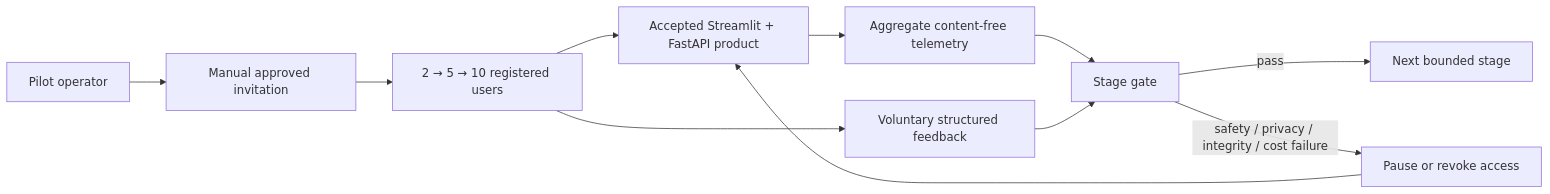
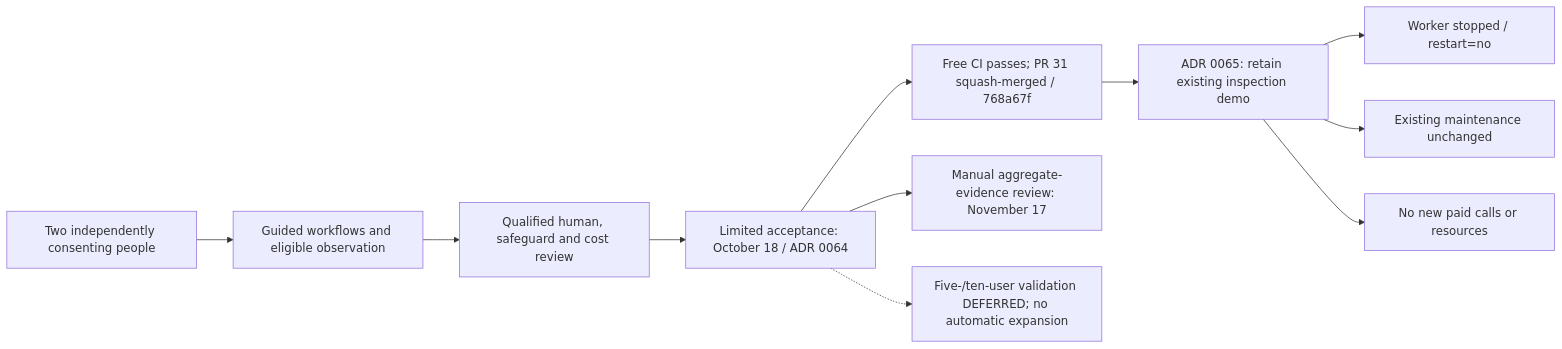
Before and after one commit to mvyas412/ai-projects: diagram 14 of 14 in mm-rag-full-stack-genai-bootcamp-3.0/docs/architecture/ARCHITECTURE.md, drawn with Mermaid. The commit also changed other lines of this file and 34 other files, not shown here.

First line of the commit message:
docs(phase11): retain inspection demo and patch dependency security (#32)

````diff
--- a/mm-rag-full-stack-genai-bootcamp-3.0/docs/architecture/ARCHITECTURE.md
+++ b/mm-rag-full-stack-genai-bootcamp-3.0/docs/architecture/ARCHITECTURE.md
@@ -1273,13 +1350,13 @@
 ```mermaid
 flowchart LR
-    operator["Pilot operator"] --> invite["Manual approved invitation"]
-    invite --> users["2 → 5 → 10 registered users"]
-    users --> product["Accepted Streamlit + FastAPI product"]
-    product --> evidence["Aggregate content-free telemetry"]
-    users --> feedback["Voluntary structured feedback"]
-    evidence --> gate["Stage gate"]
-    feedback --> gate
-    gate -->|"pass"| expand["Next bounded stage"]
-    gate -->|"safety / privacy / integrity / cost failure"| pause["Pause or revoke access"]
-    pause --> product
+    users["Two independently consenting people"] --> observation["Guided workflows and eligible observation"]
+    observation --> review["Qualified human, safeguard and cost review"]
+    review --> acceptance["Limited acceptance: October 18 / ADR 0064"]
+    acceptance --> merge["Free CI passes; PR 31 squash-merged / 768a67f"]
+    merge --> demo["ADR 0065: retain existing inspection demo"]
+    demo --> worker["Worker stopped / restart=no"]
+    demo --> maintenance["Existing maintenance unchanged"]
+    demo --> boundary["No new paid calls or resources"]
+    acceptance --> retention["Manual aggregate-evidence review: November 17"]
+    acceptance -.-> deferred["Five-/ten-user validation DEFERRED; no automatic expansion"]
 ```
````
